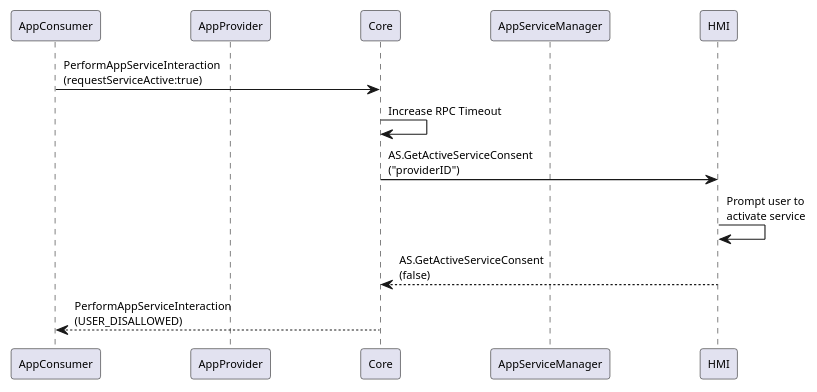
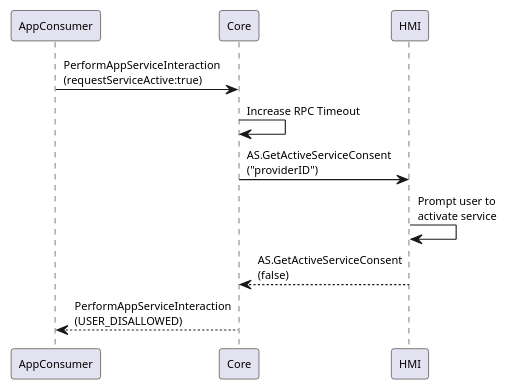
The diagram in docs/AppService/GetActiveServiceConsent/assets/GetActiveServiceConsent_Reject.puml (smartdevicelink/sdl_hmi_integration_guidelines), drawn with PlantUML before and after one commit. The commit also changed 3 other files, not shown here.

Commit message:
Simplify diagrams

```diff
--- a/docs/AppService/GetActiveServiceConsent/assets/GetActiveServiceConsent_Reject.puml
+++ b/docs/AppService/GetActiveServiceConsent/assets/GetActiveServiceConsent_Reject.puml
@@ -1,19 +1,17 @@
 @startuml
 
 skinparam ParticipantPadding 36
 skinparam defaultFontSize 10
 
 participant AppConsumer
-participant AppProvider
 participant Core
-participant AppServiceManager
 participant HMI
 
 AppConsumer -> Core : PerformAppServiceInteraction\n(requestServiceActive:true)
 Core -> Core : Increase RPC Timeout
 Core -> HMI : AS.GetActiveServiceConsent\n("providerID")
 HMI -> HMI : Prompt user to \nactivate service
 HMI --> Core : AS.GetActiveServiceConsent\n(false)
 
 Core --> AppConsumer : PerformAppServiceInteraction\n(USER_DISALLOWED)
 @enduml
```
